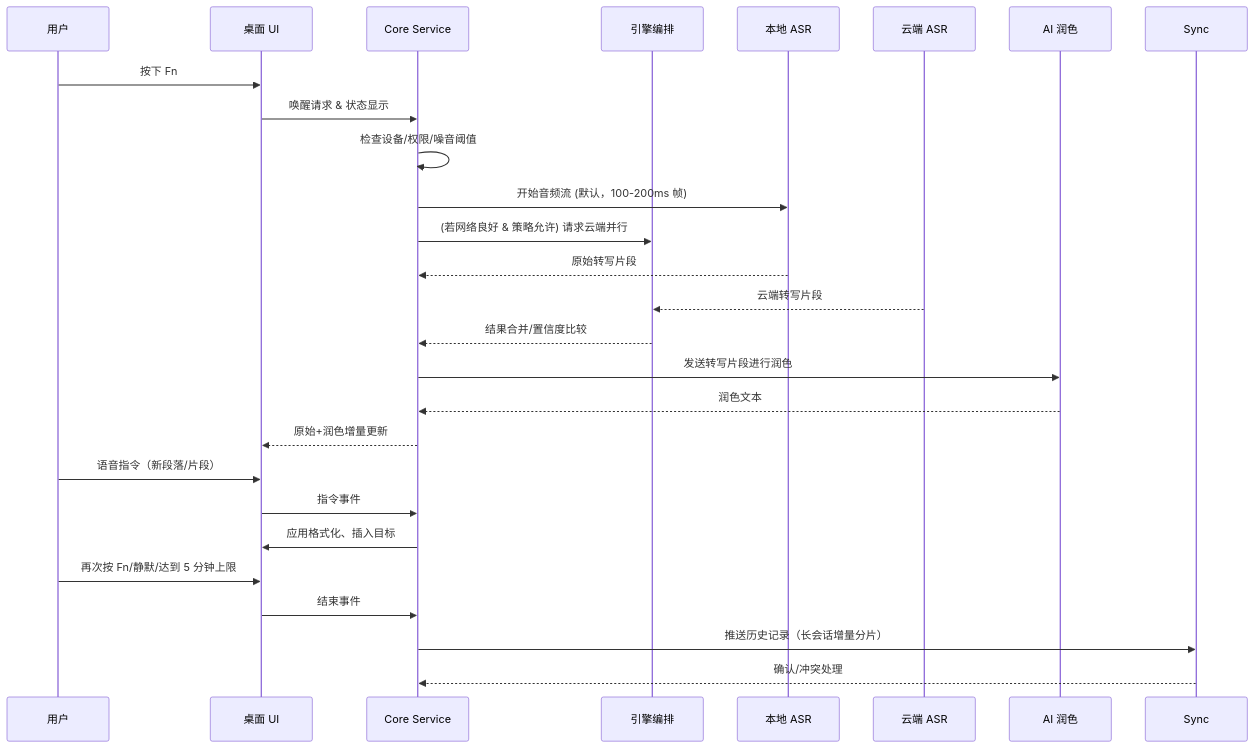
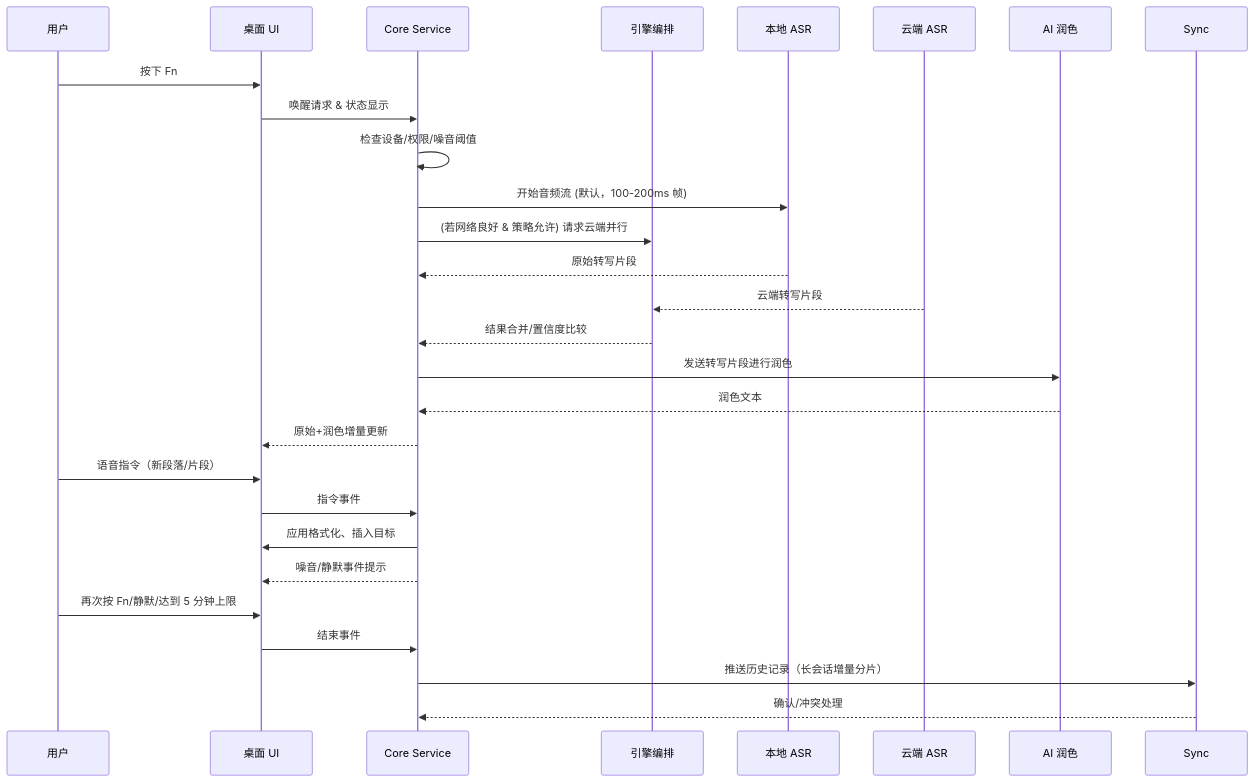
The second of 2 diagrams in docs/architecture.md (hdsmtiger/flowwisper), drawn with Mermaid before and after one commit. The commit also changed other lines of this file and 24 other files, not shown here.

````diff
--- a/docs/architecture.md
+++ b/docs/architecture.md
@@ -132,29 +135,30 @@
 ```mermaid
 sequenceDiagram
     participant User as 用户
     participant UI as 桌面 UI
     participant Core as Core Service
     participant Engine as 引擎编排
     participant LocalASR as 本地 ASR
     participant CloudASR as 云端 ASR
     participant LLM as AI 润色
 
     User->>UI: 按下 Fn
     UI->>Core: 唤醒请求 & 状态显示
     Core->>Core: 检查设备/权限/噪音阈值
     Core->>LocalASR: 开始音频流 (默认，100-200ms 帧)
     Core->>Engine: (若网络良好 & 策略允许) 请求云端并行
     LocalASR-->>Core: 原始转写片段
     CloudASR-->>Engine: 云端转写片段
     Engine-->>Core: 结果合并/置信度比较
     Core->>LLM: 发送转写片段进行润色
     LLM-->>Core: 润色文本
     Core-->>UI: 原始+润色增量更新
     User->>UI: 语音指令（新段落/片段）
     UI->>Core: 指令事件
     Core->>UI: 应用格式化、插入目标
+    Core-->>UI: 噪音/静默事件提示
     User->>UI: 再次按 Fn/静默/达到 5 分钟上限
     UI->>Core: 结束事件
     Core->>Sync: 推送历史记录（长会话增量分片）
     Sync-->>Core: 确认/冲突处理
 ```
````
